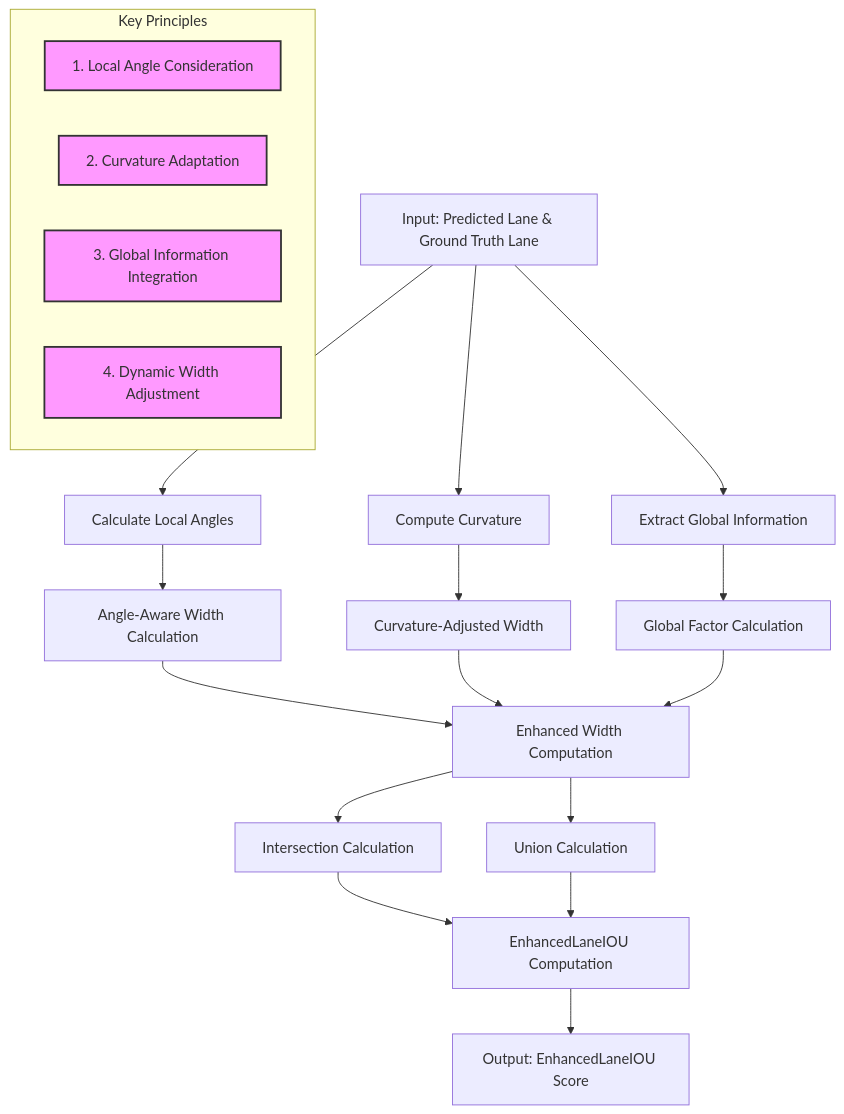
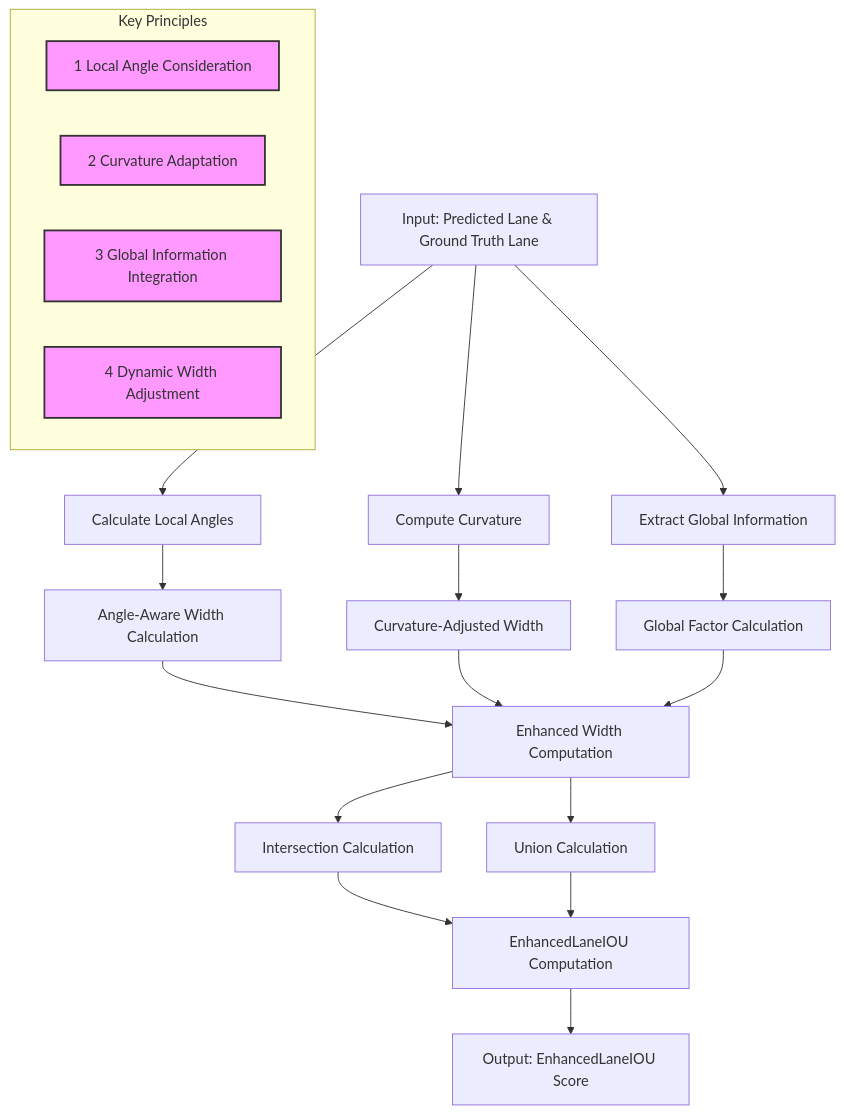
The second of 2 diagrams in README.md (chenxingqiang/Lightest-ECLRNet), drawn with Mermaid before and after one commit. The commit also changed 1 other file, not shown here.

````diff
--- a/README.md
+++ b/README.md
@@ -53,34 +53,34 @@
 ```mermaid
 graph TD
     A[Input: Predicted Lane & Ground Truth Lane] --> B[Calculate Local Angles]
     A --> C[Compute Curvature]
     A --> D[Extract Global Information]
     
     B --> E[Angle-Aware Width Calculation]
     C --> F[Curvature-Adjusted Width]
     D --> G[Global Factor Calculation]
     
     E --> H[Enhanced Width Computation]
     F --> H
     G --> H
     
     H --> I[Intersection Calculation]
     H --> J[Union Calculation]
     
     I --> K[EnhancedLaneIOU Computation]
     J --> K
     
     K --> L[Output: EnhancedLaneIOU Score]
     
     subgraph Key Principles
-        M[1. Local Angle Consideration]
-        N[2. Curvature Adaptation]
-        O[3. Global Information Integration]
-        P[4. Dynamic Width Adjustment]
+        M[1 Local Angle Consideration]
+        N[2 Curvature Adaptation]
+        O[3 Global Information Integration]
+        P[4 Dynamic Width Adjustment]
     end
     
     style M fill:#f9f,stroke:#333,stroke-width:2px
     style N fill:#f9f,stroke:#333,stroke-width:2px
     style O fill:#f9f,stroke:#333,stroke-width:2px
     style P fill:#f9f,stroke:#333,stroke-width:2px
 ```
````
